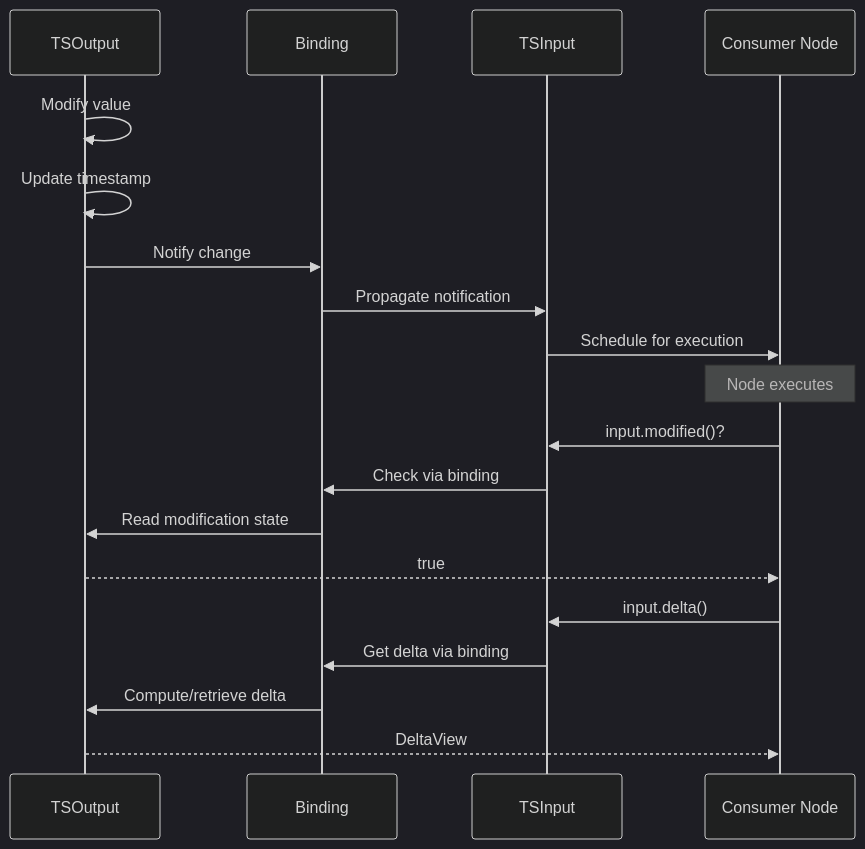
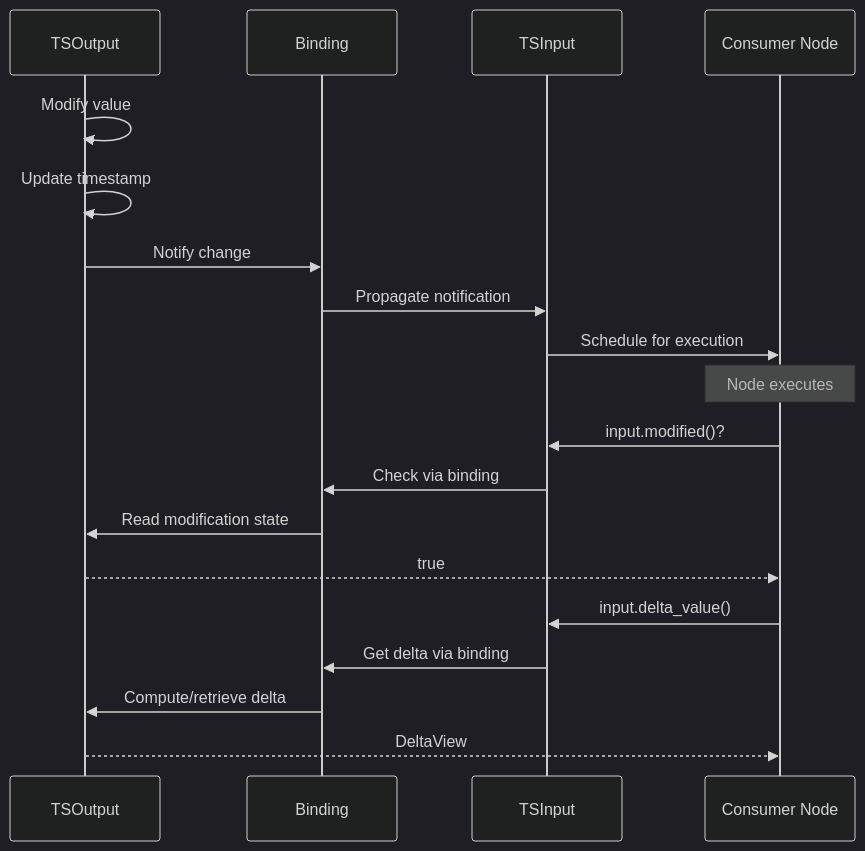
Before and after one commit to hhenson/hgraph: the fourth of 7 diagrams in ts_value_v2601/user_guide/07_DELTA.md, drawn with Mermaid (dark theme). The commit also changed other lines of this file and 5 other files, not shown here.

````diff
--- a/ts_value_v2601/user_guide/07_DELTA.md
+++ b/ts_value_v2601/user_guide/07_DELTA.md
@@ -576,24 +576,24 @@
 ```mermaid
 sequenceDiagram
     participant Output as TSOutput
     participant Binding as Binding
     participant Input as TSInput
     participant Node as Consumer Node
 
     Output->>Output: Modify value
     Output->>Output: Update timestamp
     Output->>Binding: Notify change
     Binding->>Input: Propagate notification
     Input->>Node: Schedule for execution
 
     Note over Node: Node executes
     Node->>Input: input.modified()?
     Input->>Binding: Check via binding
     Binding->>Output: Read modification state
     Output-->>Node: true
 
-    Node->>Input: input.delta()
+    Node->>Input: input.delta_value()
     Input->>Binding: Get delta via binding
     Binding->>Output: Compute/retrieve delta
     Output-->>Node: DeltaView
 ```
````
